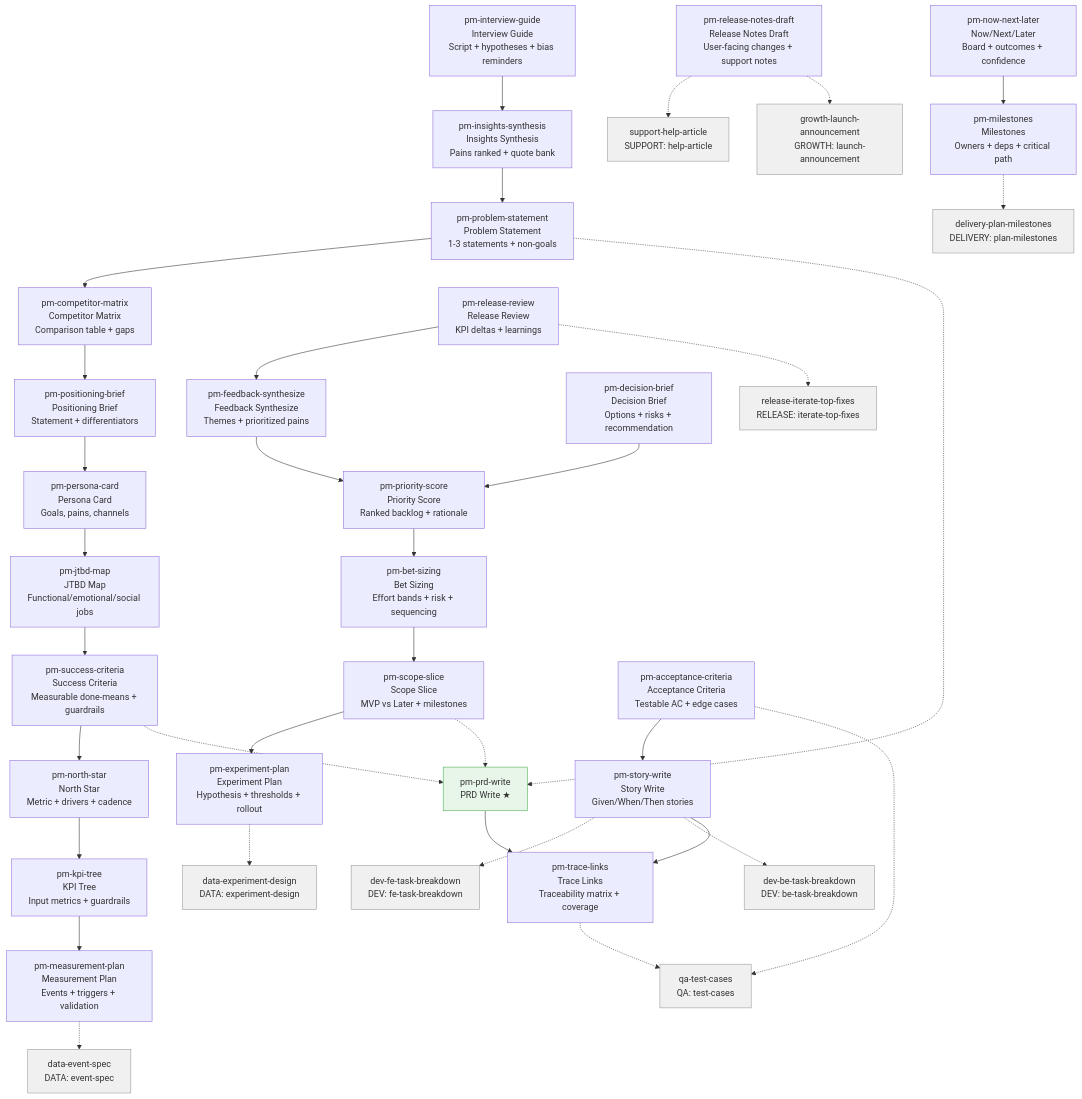
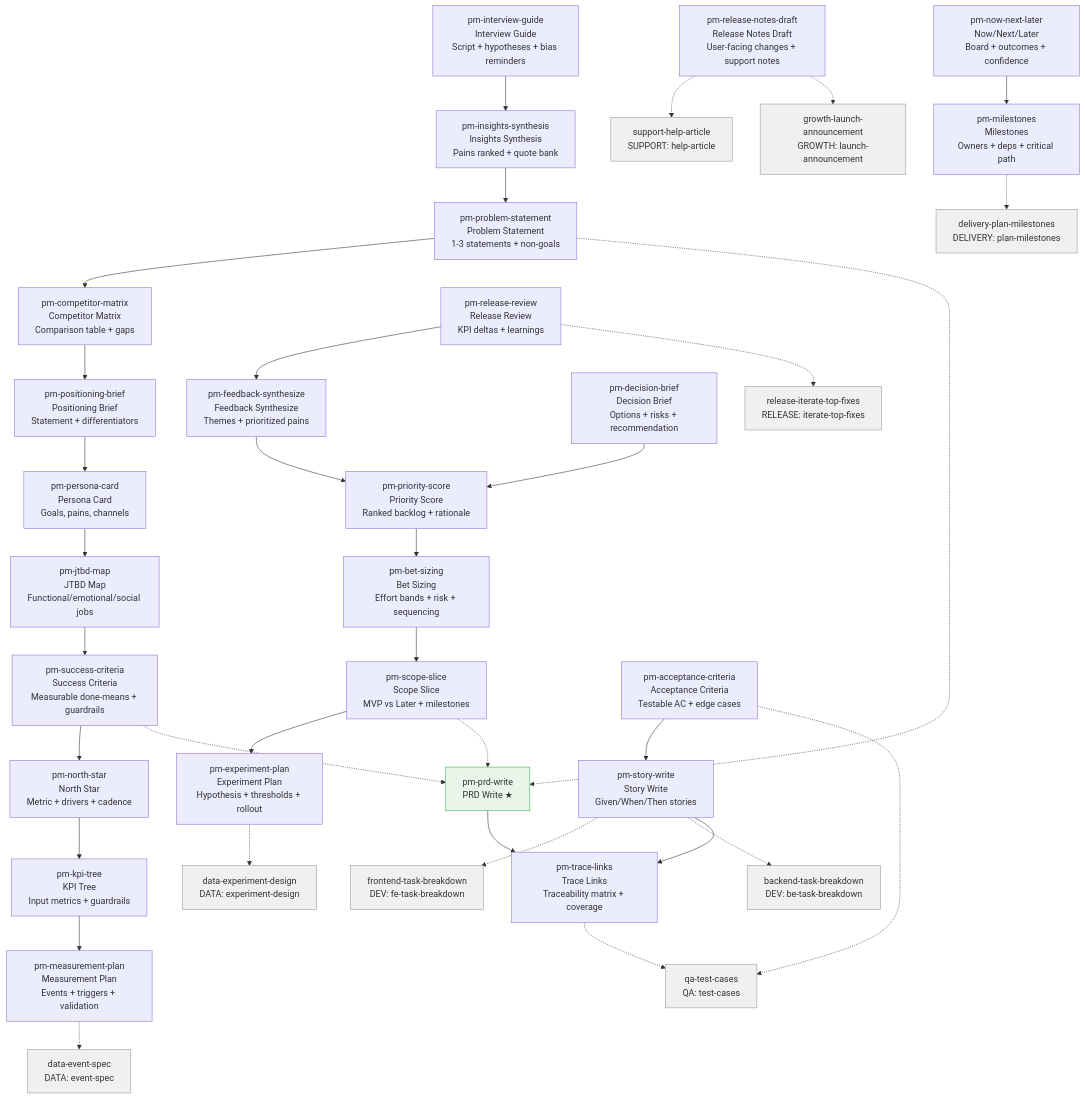
Before and after one commit to parhumm/jaan-to: the diagram in docs/roadmap/tasks/role-skills/pm.md, drawn with Mermaid. The commit also changed other lines of this file and 22 other files, not shown here.

````diff
--- a/docs/roadmap/tasks/role-skills/pm.md
+++ b/docs/roadmap/tasks/role-skills/pm.md
@@ -14,47 +14,47 @@
 ```mermaid
 flowchart TD
     jaan-to-pm-interview-guide["pm-interview-guide<br>Interview Guide<br>Script + hypotheses + bias reminders"] --> jaan-to-pm-insights-synthesis["pm-insights-synthesis<br>Insights Synthesis<br>Pains ranked + quote bank"]
     jaan-to-pm-insights-synthesis["pm-insights-synthesis<br>Insights Synthesis<br>Pains ranked + quote bank"] --> jaan-to-pm-problem-statement["pm-problem-statement<br>Problem Statement<br>1-3 statements + non-goals"]
     jaan-to-pm-problem-statement["pm-problem-statement<br>Problem Statement<br>1-3 statements + non-goals"] --> jaan-to-pm-competitor-matrix["pm-competitor-matrix<br>Competitor Matrix<br>Comparison table + gaps"]
     jaan-to-pm-problem-statement["pm-problem-statement<br>Problem Statement<br>1-3 statements + non-goals"] -.-> pm-prd-write["pm-prd-write<br>PRD Write ★"]
     jaan-to-pm-competitor-matrix["pm-competitor-matrix<br>Competitor Matrix<br>Comparison table + gaps"] --> jaan-to-pm-positioning-brief["pm-positioning-brief<br>Positioning Brief<br>Statement + differentiators"]
     jaan-to-pm-positioning-brief["pm-positioning-brief<br>Positioning Brief<br>Statement + differentiators"] --> jaan-to-pm-persona-card["pm-persona-card<br>Persona Card<br>Goals, pains, channels"]
     jaan-to-pm-persona-card["pm-persona-card<br>Persona Card<br>Goals, pains, channels"] --> jaan-to-pm-jtbd-map["pm-jtbd-map<br>JTBD Map<br>Functional/emotional/social jobs"]
     jaan-to-pm-jtbd-map["pm-jtbd-map<br>JTBD Map<br>Functional/emotional/social jobs"] --> jaan-to-pm-success-criteria["pm-success-criteria<br>Success Criteria<br>Measurable done-means + guardrails"]
     jaan-to-pm-success-criteria["pm-success-criteria<br>Success Criteria<br>Measurable done-means + guardrails"] --> jaan-to-pm-north-star["pm-north-star<br>North Star<br>Metric + drivers + cadence"]
     jaan-to-pm-success-criteria["pm-success-criteria<br>Success Criteria<br>Measurable done-means + guardrails"] -.-> pm-prd-write["pm-prd-write<br>PRD Write ★"]
     jaan-to-pm-north-star["pm-north-star<br>North Star<br>Metric + drivers + cadence"] --> jaan-to-pm-kpi-tree["pm-kpi-tree<br>KPI Tree<br>Input metrics + guardrails"]
     jaan-to-pm-kpi-tree["pm-kpi-tree<br>KPI Tree<br>Input metrics + guardrails"] --> jaan-to-pm-measurement-plan["pm-measurement-plan<br>Measurement Plan<br>Events + triggers + validation"]
     jaan-to-pm-measurement-plan["pm-measurement-plan<br>Measurement Plan<br>Events + triggers + validation"] -.-> jaan-to-data-event-spec["data-event-spec<br>DATA: event-spec"]
     jaan-to-pm-feedback-synthesize["pm-feedback-synthesize<br>Feedback Synthesize<br>Themes + prioritized pains"] --> jaan-to-pm-priority-score["pm-priority-score<br>Priority Score<br>Ranked backlog + rationale"]
     jaan-to-pm-decision-brief["pm-decision-brief<br>Decision Brief<br>Options + risks + recommendation"] --> jaan-to-pm-priority-score["pm-priority-score<br>Priority Score<br>Ranked backlog + rationale"]
     jaan-to-pm-priority-score["pm-priority-score<br>Priority Score<br>Ranked backlog + rationale"] --> jaan-to-pm-bet-sizing["pm-bet-sizing<br>Bet Sizing<br>Effort bands + risk + sequencing"]
     jaan-to-pm-bet-sizing["pm-bet-sizing<br>Bet Sizing<br>Effort bands + risk + sequencing"] --> jaan-to-pm-scope-slice["pm-scope-slice<br>Scope Slice<br>MVP vs Later + milestones"]
     jaan-to-pm-scope-slice["pm-scope-slice<br>Scope Slice<br>MVP vs Later + milestones"] --> jaan-to-pm-experiment-plan["pm-experiment-plan<br>Experiment Plan<br>Hypothesis + thresholds + rollout"]
     jaan-to-pm-scope-slice["pm-scope-slice<br>Scope Slice<br>MVP vs Later + milestones"] -.-> pm-prd-write["pm-prd-write<br>PRD Write ★"]
     jaan-to-pm-experiment-plan["pm-experiment-plan<br>Experiment Plan<br>Hypothesis + thresholds + rollout"] -.-> jaan-to-data-experiment-design["data-experiment-design<br>DATA: experiment-design"]
     jaan-to-pm-acceptance-criteria["pm-acceptance-criteria<br>Acceptance Criteria<br>Testable AC + edge cases"] --> pm-story-write["pm-story-write<br>Story Write<br>Given/When/Then stories"]
     jaan-to-pm-acceptance-criteria["pm-acceptance-criteria<br>Acceptance Criteria<br>Testable AC + edge cases"] -.-> qa-test-cases["qa-test-cases<br>QA: test-cases"]
-    pm-story-write["pm-story-write<br>Story Write<br>Given/When/Then stories"] -.-> dev-fe-task-breakdown["dev-fe-task-breakdown<br>DEV: fe-task-breakdown"]
-    pm-story-write["pm-story-write<br>Story Write<br>Given/When/Then stories"] -.-> dev-be-task-breakdown["dev-be-task-breakdown<br>DEV: be-task-breakdown"]
+    pm-story-write["pm-story-write<br>Story Write<br>Given/When/Then stories"] -.-> frontend-task-breakdown["frontend-task-breakdown<br>DEV: fe-task-breakdown"]
+    pm-story-write["pm-story-write<br>Story Write<br>Given/When/Then stories"] -.-> backend-task-breakdown["backend-task-breakdown<br>DEV: be-task-breakdown"]
     pm-prd-write["pm-prd-write<br>PRD Write ★"] --> jaan-to-pm-trace-links["pm-trace-links<br>Trace Links<br>Traceability matrix + coverage"]
     pm-story-write["pm-story-write<br>Story Write<br>Given/When/Then stories"] --> jaan-to-pm-trace-links["pm-trace-links<br>Trace Links<br>Traceability matrix + coverage"]
     jaan-to-pm-trace-links["pm-trace-links<br>Trace Links<br>Traceability matrix + coverage"] -.-> qa-test-cases["qa-test-cases<br>QA: test-cases"]
     jaan-to-pm-release-notes-draft["pm-release-notes-draft<br>Release Notes Draft<br>User-facing changes + support notes"] -.-> jaan-to-support-help-article["support-help-article<br>SUPPORT: help-article"]
     jaan-to-pm-release-notes-draft["pm-release-notes-draft<br>Release Notes Draft<br>User-facing changes + support notes"] -.-> jaan-to-growth-launch-announcement["growth-launch-announcement<br>GROWTH: launch-announcement"]
     jaan-to-pm-now-next-later["pm-now-next-later<br>Now/Next/Later<br>Board + outcomes + confidence"] --> jaan-to-pm-milestones["pm-milestones<br>Milestones<br>Owners + deps + critical path"]
     jaan-to-pm-milestones["pm-milestones<br>Milestones<br>Owners + deps + critical path"] -.-> jaan-to-delivery-plan-milestones["delivery-plan-milestones<br>DELIVERY: plan-milestones"]
     jaan-to-pm-release-review["pm-release-review<br>Release Review<br>KPI deltas + learnings"] --> jaan-to-pm-feedback-synthesize["pm-feedback-synthesize<br>Feedback Synthesize<br>Themes + prioritized pains"]
     jaan-to-pm-release-review["pm-release-review<br>Release Review<br>KPI deltas + learnings"] -.-> jaan-to-release-iterate-top-fixes["release-iterate-top-fixes<br>RELEASE: iterate-top-fixes"]
 
     style pm-prd-write fill:#e8f5e9,stroke:#4caf50
     style jaan-to-data-event-spec fill:#f0f0f0,stroke:#999
     style jaan-to-data-experiment-design fill:#f0f0f0,stroke:#999
     style qa-test-cases fill:#f0f0f0,stroke:#999
-    style dev-fe-task-breakdown fill:#f0f0f0,stroke:#999
-    style dev-be-task-breakdown fill:#f0f0f0,stroke:#999
+    style frontend-task-breakdown fill:#f0f0f0,stroke:#999
+    style backend-task-breakdown fill:#f0f0f0,stroke:#999
     style jaan-to-support-help-article fill:#f0f0f0,stroke:#999
     style jaan-to-growth-launch-announcement fill:#f0f0f0,stroke:#999
     style jaan-to-delivery-plan-milestones fill:#f0f0f0,stroke:#999
     style jaan-to-release-iterate-top-fixes fill:#f0f0f0,stroke:#999
 ```
````
